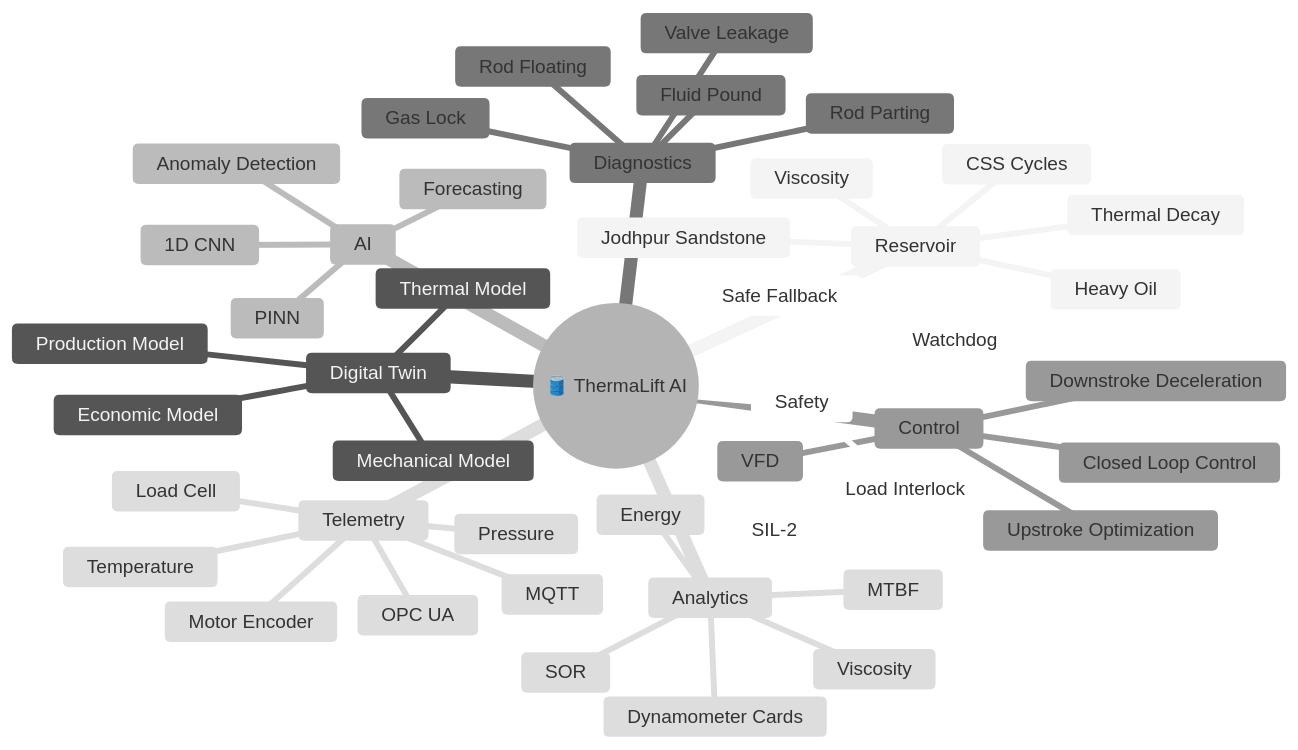
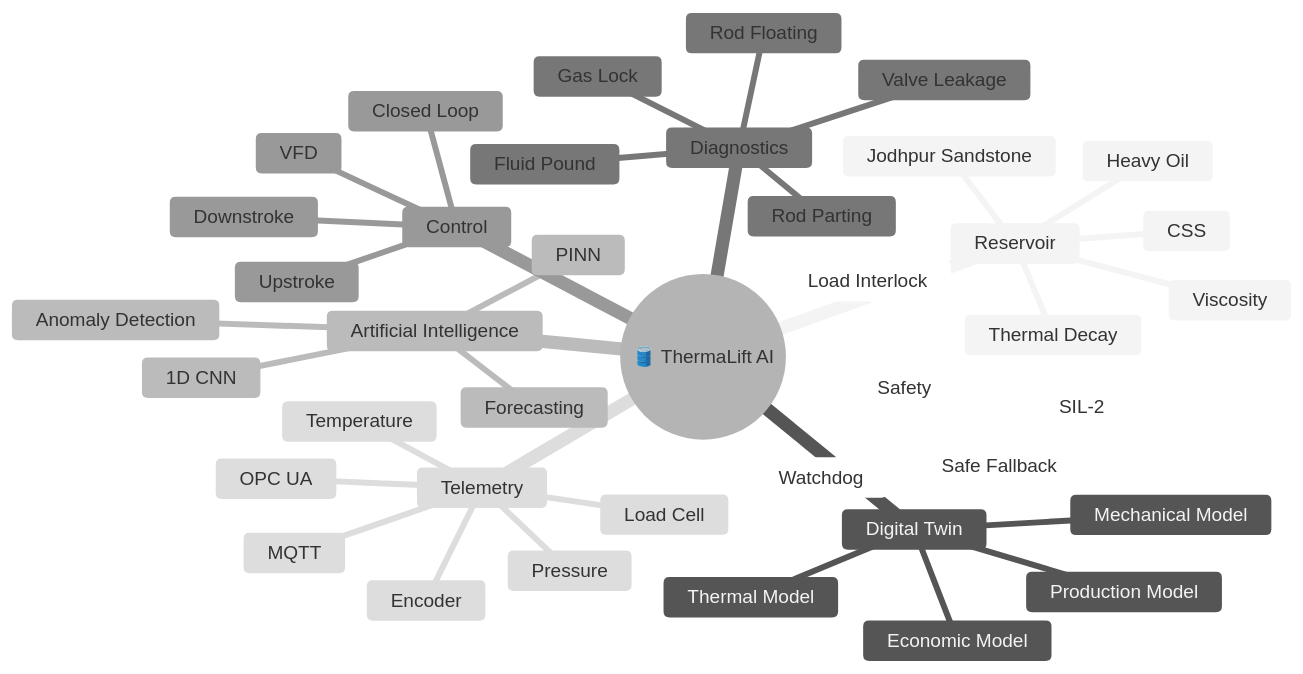
Before and after one commit to Avinraj01/ThermaLift-AI: the first of 6 diagrams in README.md, drawn with Mermaid (neutral theme). The commit also changed other lines of this file, not shown here.

`````diff
--- a/README.md
+++ b/README.md
@@ -171,49 +296,43 @@
 ```mermaid
 mindmap
   root((🛢️ ThermaLift AI))
     Reservoir
       Jodhpur Sandstone
       Heavy Oil
       Thermal Decay
-      CSS Cycles
+      CSS
       Viscosity
     Digital Twin
       Thermal Model
       Mechanical Model
       Production Model
       Economic Model
-    AI
+    Artificial Intelligence
       PINN
       1D CNN
       Anomaly Detection
       Forecasting
     Diagnostics
       Rod Floating
       Fluid Pound
       Gas Lock
       Rod Parting
       Valve Leakage
     Control
       VFD
-      Upstroke Optimization
-      Downstroke Deceleration
-      Closed Loop Control
+      Upstroke
+      Downstroke
+      Closed Loop
     Telemetry
       Load Cell
       Pressure
       Temperature
-      Motor Encoder
+      Encoder
       MQTT
       OPC UA
     Safety
       SIL-2
       Load Interlock
       Watchdog
       Safe Fallback
-    Analytics
-      Dynamometer Cards
-      Viscosity
-      SOR
-      Energy
-      MTBF
-````
+```
`````
